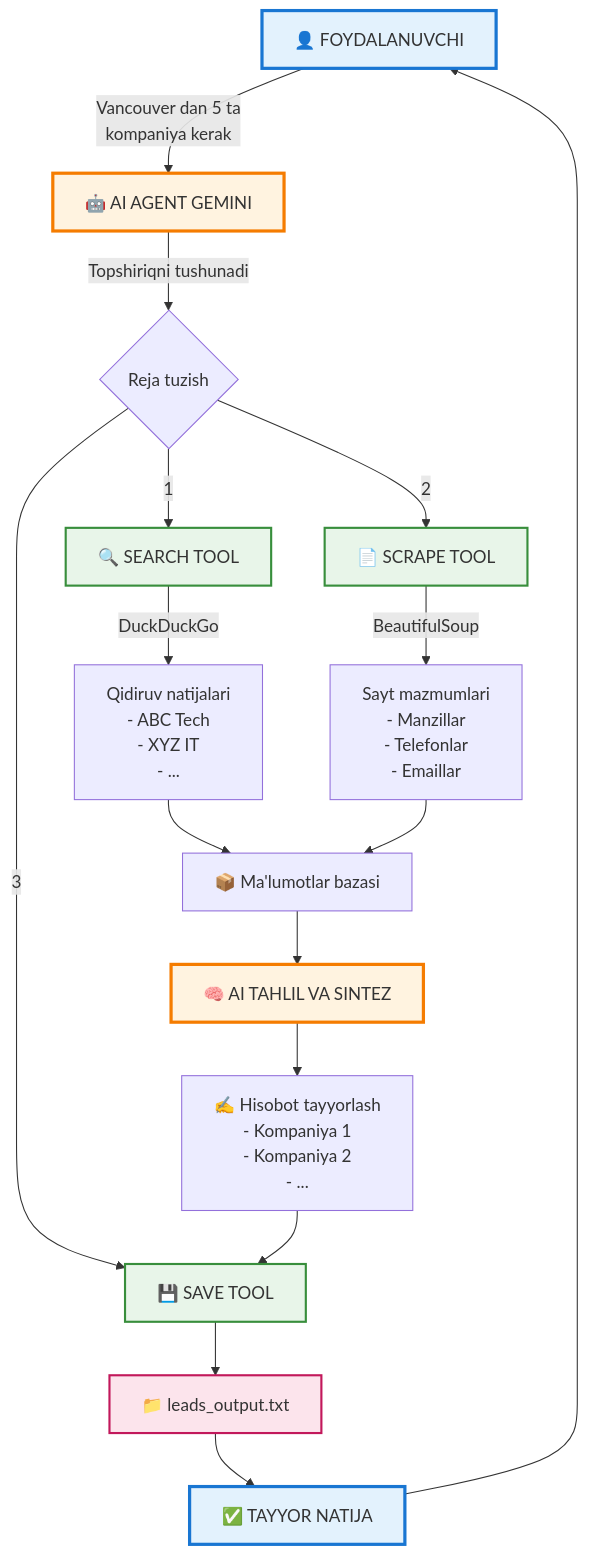
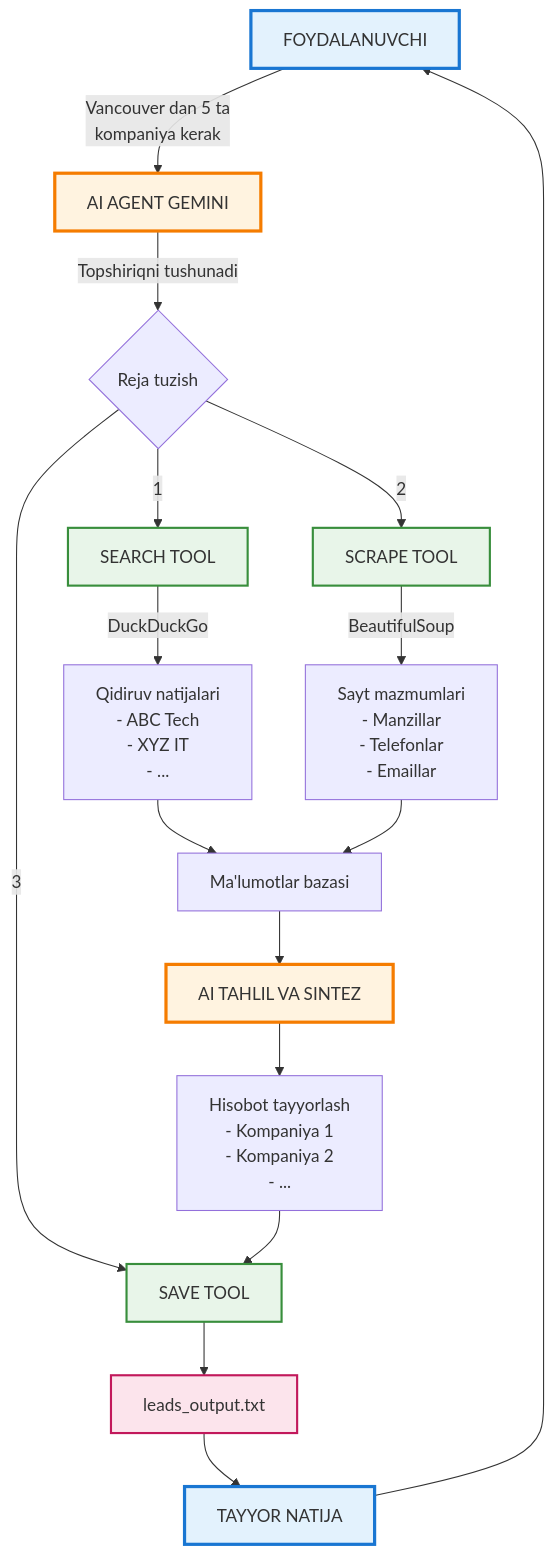
The diagram in README.md (themusharraf/simple-ai-agent), drawn with Mermaid before and after one commit. The commit also changed other lines of this file and 3 other files, not shown here.

````diff
--- a/README.md
+++ b/README.md
@@ -42,38 +42,38 @@
 ```mermaid
 graph TB
-    A[👤 FOYDALANUVCHI] -->|Vancouver dan 5 ta<br/>kompaniya kerak| B[🤖 AI AGENT GEMINI]
+    A[FOYDALANUVCHI] -->|Vancouver dan 5 ta<br/>kompaniya kerak| B[AI AGENT GEMINI]
     
     B -->|Topshiriqni tushunadi| C{Reja tuzish}
     
-    C -->|1| D[🔍 SEARCH TOOL]
-    C -->|2| E[📄 SCRAPE TOOL]
-    C -->|3| F[💾 SAVE TOOL]
+    C -->|1| D[SEARCH TOOL]
+    C -->|2| E[SCRAPE TOOL]
+    C -->|3| F[SAVE TOOL]
     
     D -->|DuckDuckGo| G[Qidiruv natijalari<br/>- ABC Tech<br/>- XYZ IT<br/>- ...]
     
     E -->|BeautifulSoup| H[Sayt mazmumlari<br/>- Manzillar<br/>- Telefonlar<br/>- Emaillar]
     
-    G --> I[📦 Ma'lumotlar bazasi]
+    G --> I[Ma'lumotlar bazasi]
     H --> I
     
-    I --> J[🧠 AI TAHLIL VA SINTEZ]
+    I --> J[AI TAHLIL VA SINTEZ]
     
-    J --> K[✍️ Hisobot tayyorlash<br/>- Kompaniya 1<br/>- Kompaniya 2<br/>- ...]
+    J --> K[Hisobot tayyorlash<br/>- Kompaniya 1<br/>- Kompaniya 2<br/>- ...]
     
     K --> F
     
-    F --> L[📁 leads_output.txt]
+    F --> L[leads_output.txt]
     
-    L --> M[✅ TAYYOR NATIJA]
+    L --> M[TAYYOR NATIJA]
     
     M --> A
     
     style A fill:#e3f2fd,stroke:#1976d2,stroke-width:3px
     style B fill:#fff3e0,stroke:#f57c00,stroke-width:3px
     style D fill:#e8f5e9,stroke:#388e3c,stroke-width:2px
     style E fill:#e8f5e9,stroke:#388e3c,stroke-width:2px
     style F fill:#e8f5e9,stroke:#388e3c,stroke-width:2px
     style J fill:#fff3e0,stroke:#f57c00,stroke-width:3px
     style L fill:#fce4ec,stroke:#c2185b,stroke-width:2px
     style M fill:#e3f2fd,stroke:#1976d2,stroke-width:3px
 ```
````
